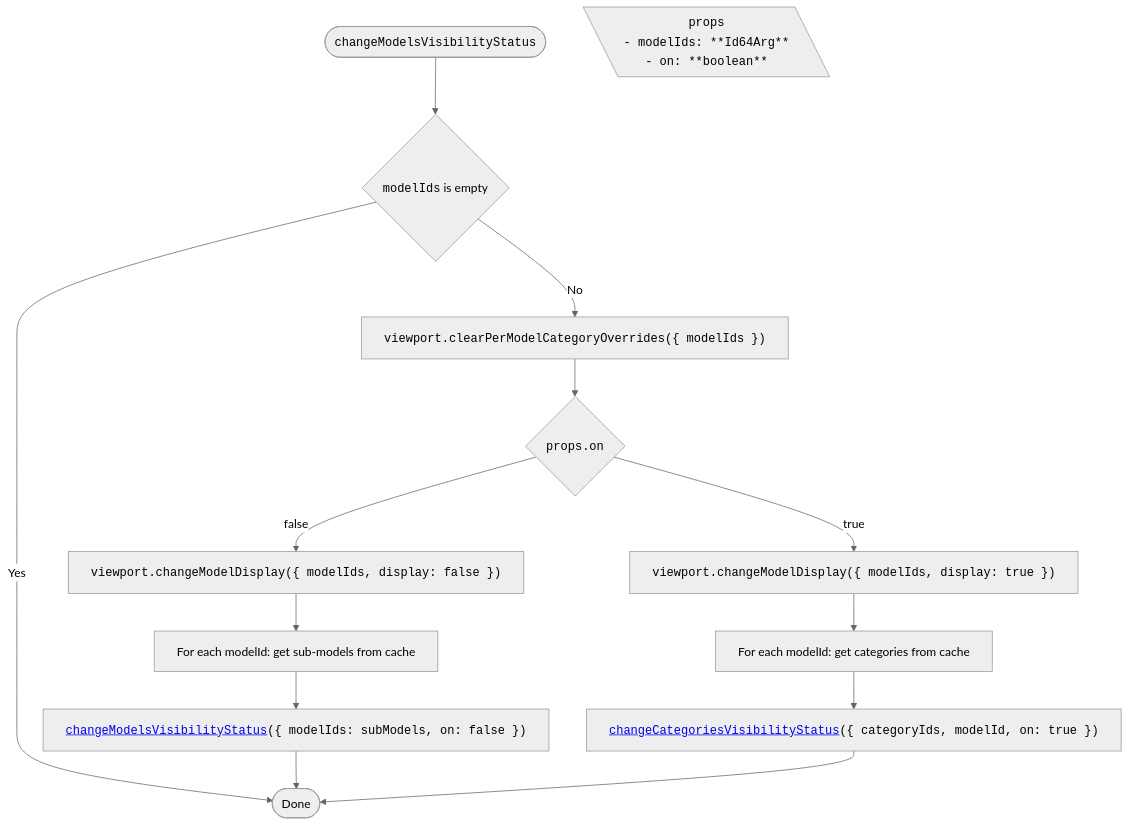
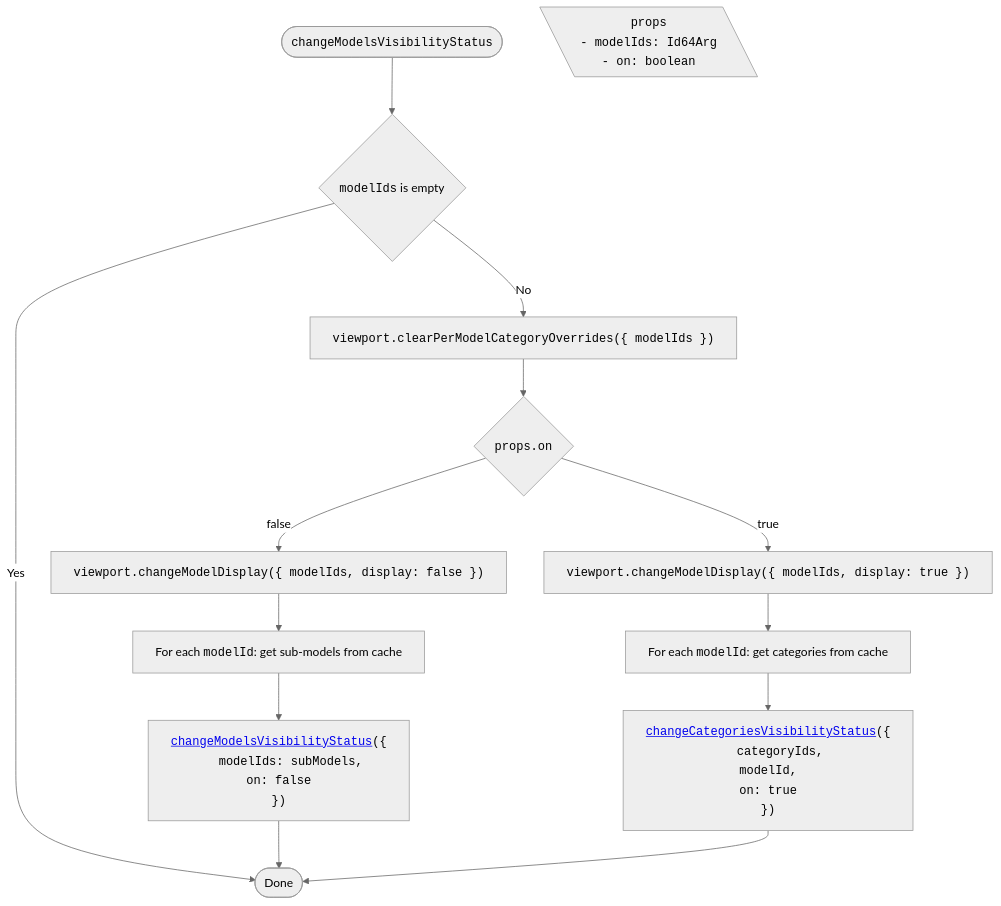
The eighth of 14 diagrams in packages/itwin/tree-widget/docs/SharedVisibilityHandling.md (iTwin/viewer-components-react), drawn with Mermaid (neutral theme) before and after one commit. The commit also changed other lines of this file and 4 other files, not shown here.

````diff
--- a/packages/itwin/tree-widget/docs/SharedVisibilityHandling.md
+++ b/packages/itwin/tree-widget/docs/SharedVisibilityHandling.md
@@ -465,36 +516,43 @@
 ```mermaid
 ---
 config:
   flowchart:
     wrappingWidth: 750
     useMaxWidth: false
 ---
 
 flowchart TD
   RESULT_Done([Done])
 
   %% Start
   TITLE(["<code>changeModelsVisibilityStatus</code>"]) --> A{"<code>modelIds</code> is empty"}
 
   PROPS[\"
     <code>props</code>
-    <code style='text-align: left;'>- modelIds: **Id64Arg**<br/>- on: **boolean**</code>
+    <code style='text-align: left;'>- modelIds: Id64Arg<br/>- on: boolean</code>
   "\]
 
   A -- Yes --> RESULT_Done
   A -- No --> B["<code>viewport.clearPerModelCategoryOverrides({ modelIds })</code>"]
 
   B --> C{"<code>props.on</code>"}
 
   %% Branch off
   C -- false --> D["<code>viewport.changeModelDisplay({ modelIds, display: false })</code>"]
-  D --> E["For each modelId: get sub-models from cache"]
-  E --> F["<code><a href='#changemodelsvisibilitystatus'>changeModelsVisibilityStatus</a>({ modelIds: subModels, on: false })</code>"]
+  D --> E["For each <code>modelId</code>: get sub-models from cache"]
+  E --> F["<code style='text-align: left;'><a href='#changemodelsvisibilitystatus'>changeModelsVisibilityStatus</a>({
+    <code style='padding-left: 2rem'>modelIds: subModels,
+    on: false</code>
+  })</code>"]
   F --> RESULT_Done
 
   %% Branch on
   C -- true --> G["<code>viewport.changeModelDisplay({ modelIds, display: true })</code>"]
-  G --> H["For each modelId: get categories from cache"]
-  H --> I["<code><a href='#changecategoriesvisibilitystatus'>changeCategoriesVisibilityStatus</a>({ categoryIds, modelId, on: true })</code>"]
+  G --> H["For each <code>modelId</code>: get categories from cache"]
+  H --> I["<code style='text-align: left;'><a href='#changecategoriesvisibilitystatus'>changeCategoriesVisibilityStatus</a>({
+    <code style='padding-left: 2rem'>categoryIds,
+    modelId,
+    on: true</code>
+  })</code>"]
   I --> RESULT_Done
 ```
````
